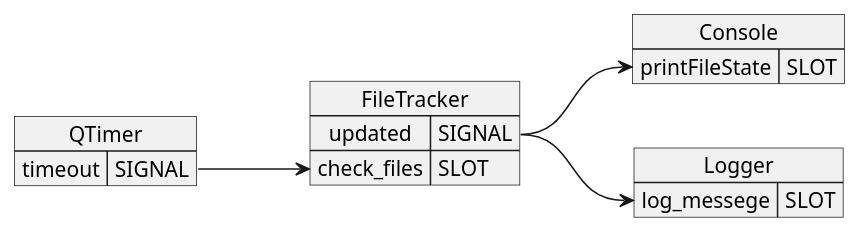
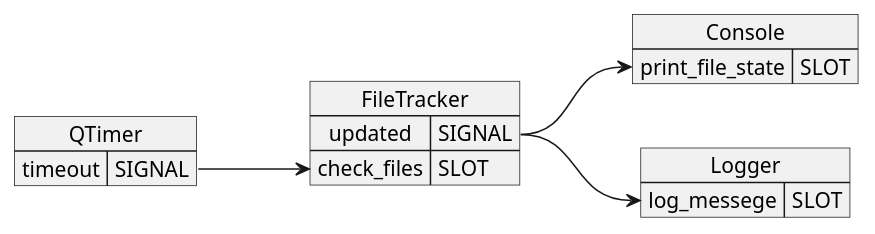
One commit to insert-zkm/QTConsoleFileManager changed the diagram in UML/signal_slot.puml. Above: the diagram before and after it, drawn with PlantUML. The commit also changed 1 other file, not shown here.

```diff
--- a/UML/signal_slot.puml
+++ b/UML/signal_slot.puml
@@ -1,24 +1,24 @@
 @startuml
 left to right direction
 
 map QTimer {
    timeout=>SIGNAL
 }
 
 map FileTracker {
     updated=>SIGNAL
     check_files=>SLOT
 }
 
 map Console {
-    printFileState=>SLOT
+    print_file_state=>SLOT
 }
 
 map Logger {
     log_messege=>SLOT
 }
 
 QTimer::timeout --> FileTracker::check_files
-FileTracker::updated --> Console::printFileState
+FileTracker::updated --> Console::print_file_state
 FileTracker::updated --> Logger::log_messege
 @enduml
```
